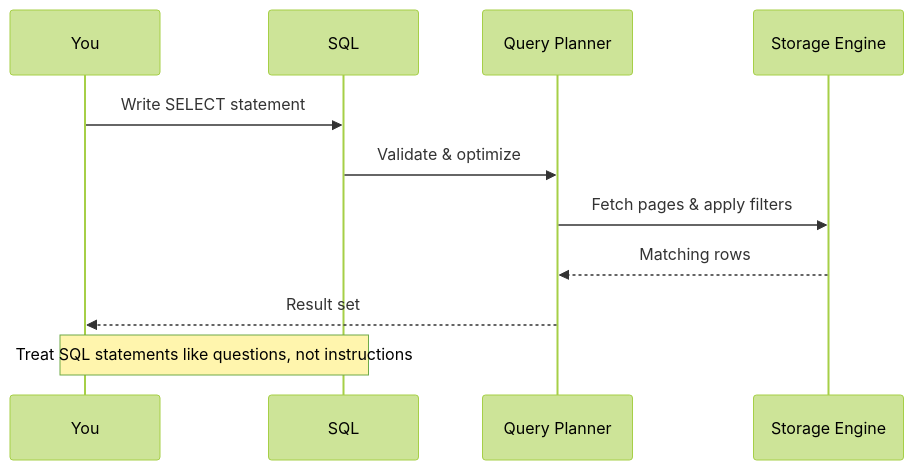
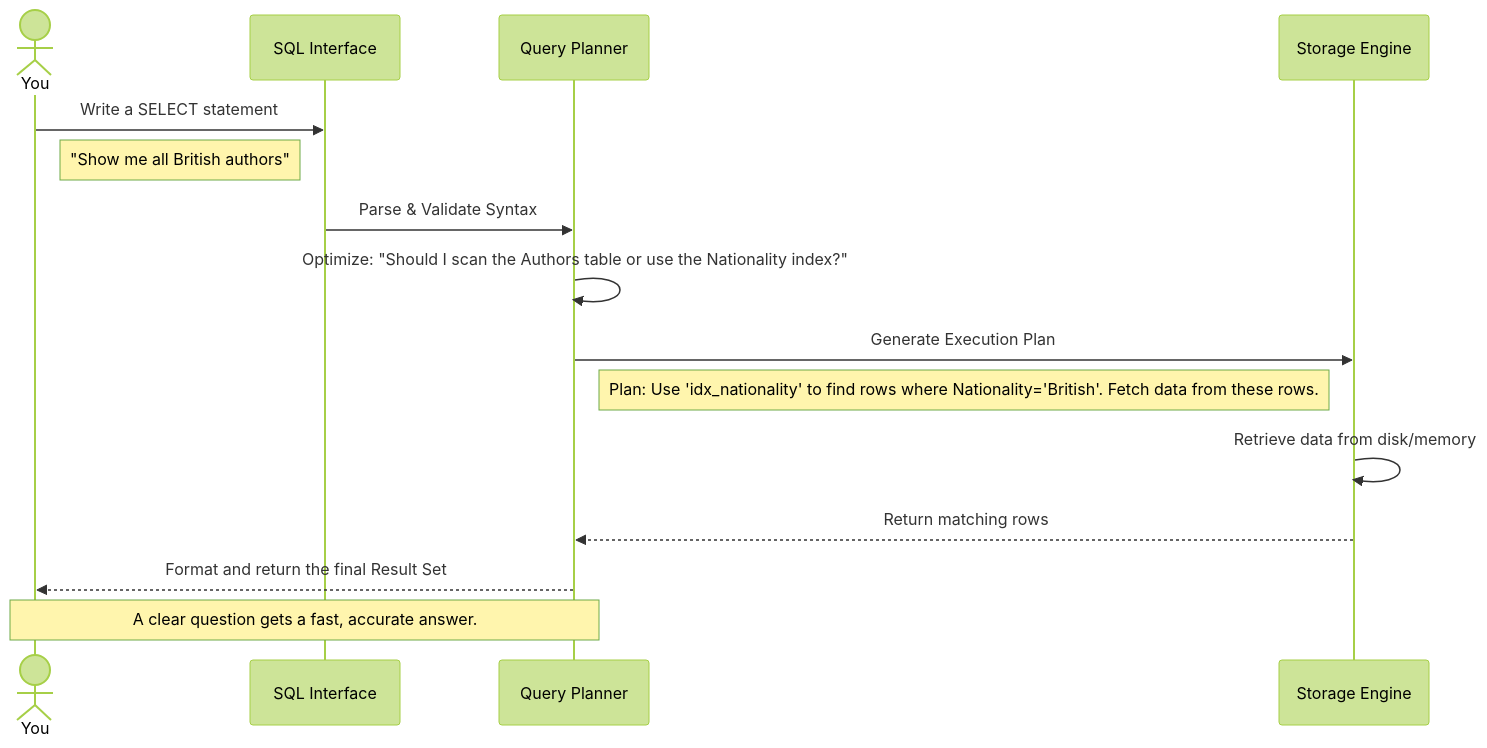
The second of 2 diagrams in docs/dbms/ch4-sql-fundamentals.md (ehsan18t/interdocs), drawn with Mermaid (forest theme) before and after one commit. The commit also changed other lines of this file, not shown here.

````diff
--- a/docs/dbms/ch4-sql-fundamentals.md
+++ b/docs/dbms/ch4-sql-fundamentals.md
@@ -43,13 +56,21 @@
 ```mermaid
 sequenceDiagram
-  participant You
-  participant SQL
-  participant Planner as Query Planner
-  participant Engine as Storage Engine
-  You->>SQL: Write SELECT statement
-  SQL->>Planner: Validate & optimize
-  Planner->>Engine: Fetch pages & apply filters
-  Engine-->>Planner: Matching rows
-  Planner-->>You: Result set
-  Note over You,SQL: Treat SQL statements like questions, not instructions
+    actor You
+    participant SQL as SQL Interface
+    participant Planner as Query Planner
+    participant Engine as Storage Engine
+
+    You->>SQL: Write a SELECT statement
+    note right of You: "Show me all British authors"
+
+    SQL->>Planner: Parse & Validate Syntax
+    Planner->>Planner: Optimize: "Should I scan the Authors table or use the Nationality index?"
+    Planner->>Engine: Generate Execution Plan
+    note left of Engine: Plan: Use 'idx_nationality' to find rows where Nationality='British'. Fetch data from these rows.
+
+    Engine->>Engine: Retrieve data from disk/memory
+    Engine-->>Planner: Return matching rows
+
+    Planner-->>You: Format and return the final Result Set
+    note over You,Planner: A clear question gets a fast, accurate answer.
 ```
````
